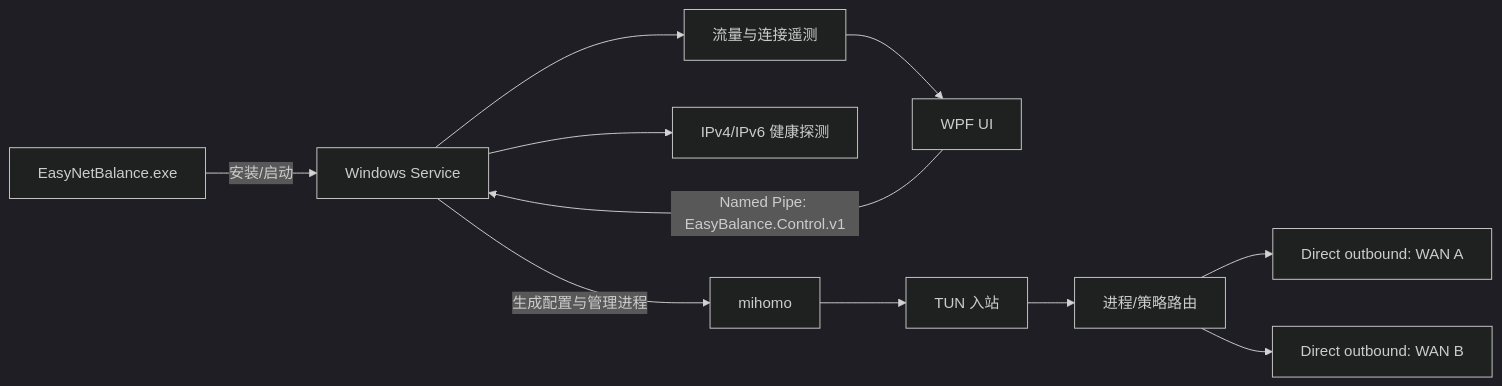
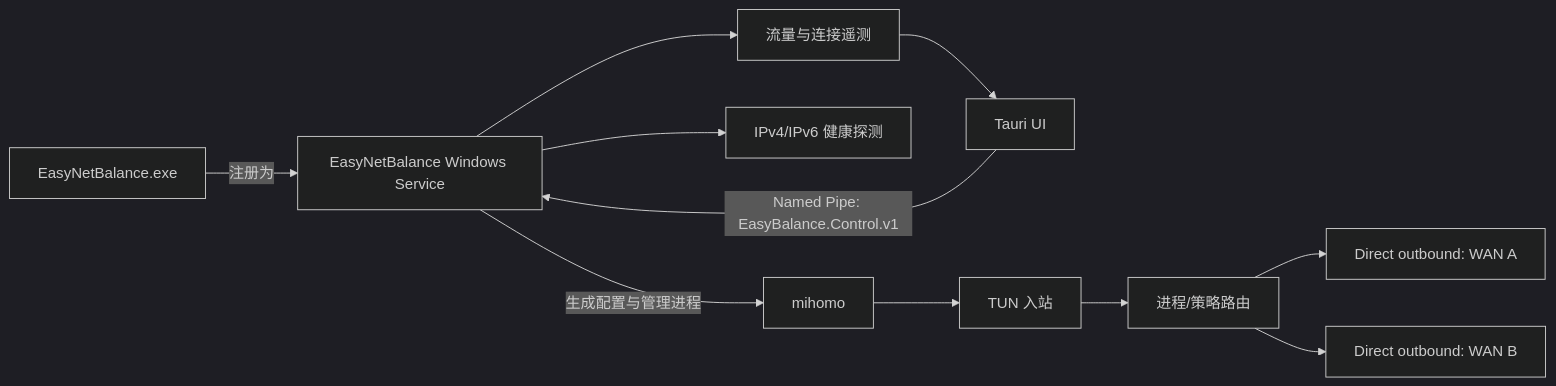
One commit to jung233/EasyNetBalance changed the diagram in README.zh-CN.md. Above: the diagram before and after it, drawn with Mermaid (dark theme). The commit also changed other lines of this file and 7 other files, not shown here.

````diff
--- a/README.zh-CN.md
+++ b/README.zh-CN.md
@@ -54,13 +54,13 @@
 ```mermaid
 flowchart LR
-    A[EasyNetBalance.exe] -->|安装/启动| B[Windows Service]
-    C[WPF UI] -->|Named Pipe: EasyBalance.Control.v1| B
+    A[EasyNetBalance.exe] -->|注册为| B[EasyNetBalance Windows Service]
+    C[Tauri UI] -->|Named Pipe: EasyBalance.Control.v1| B
     B -->|生成配置与管理进程| D[mihomo]
     D --> E[TUN 入站]
     E --> F[进程/策略路由]
     F --> G[Direct outbound: WAN A]
     F --> H[Direct outbound: WAN B]
     B --> I[IPv4/IPv6 健康探测]
     B --> J[流量与连接遥测]
     J --> C
 ```
````
